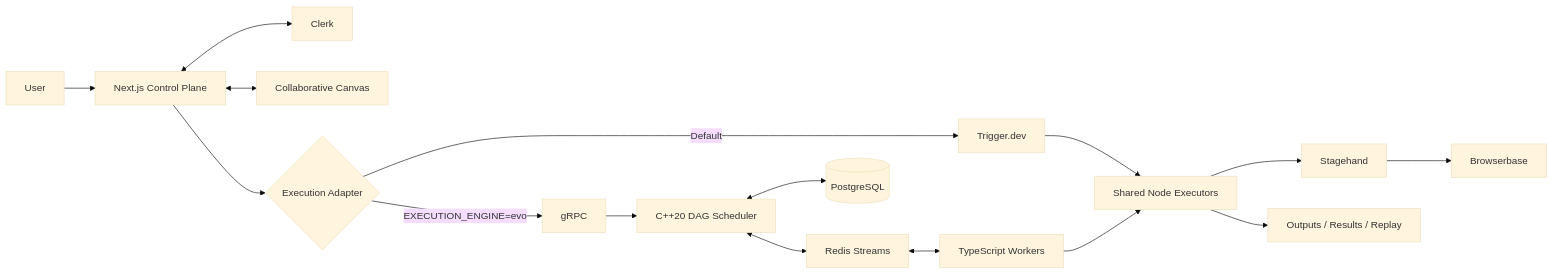
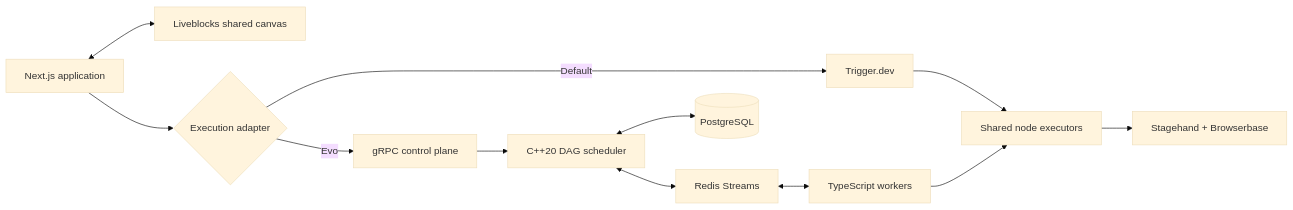
The second of 2 diagrams in README.md (UtkarsHMer05/UtkarsHMer05), drawn with Mermaid (base theme) before and after one commit. The commit also changed other lines of this file, not shown here.

````diff
--- a/README.md
+++ b/README.md
@@ -142,22 +272,17 @@
 ```mermaid
 flowchart LR
-    U[User] --> W[Next.js Control Plane]
-    W <--> C[Clerk]
-    W <--> L[Collaborative Canvas]
-    W --> E{Execution Adapter}
+    U["Next.js application"] <--> C["Liveblocks shared canvas"]
+    U --> A{"Execution adapter"}
 
-    E -->|Default| T[Trigger.dev]
-    E -->|EXECUTION_ENGINE=evo| G[gRPC]
+    A -->|Default| T["Trigger.dev"]
+    A -->|Evo| G["gRPC control plane"]
 
-    G --> S[C++20 DAG Scheduler]
-    S <--> R[Redis Streams]
-    S <--> P[(PostgreSQL)]
-    R <--> TW[TypeScript Workers]
+    G --> S["C++20 DAG scheduler"]
+    S <--> P[("PostgreSQL")]
+    S <--> R["Redis Streams"]
+    R <--> W["TypeScript workers"]
 
-    T --> X[Shared Node Executors]
-    TW --> X
-
-    X --> SH[Stagehand]
-    SH --> BB[Browserbase]
-    X --> O[Outputs / Results / Replay]
+    T --> X["Shared node executors"]
+    W --> X
+    X --> B["Stagehand + Browserbase"]
 ```
````
